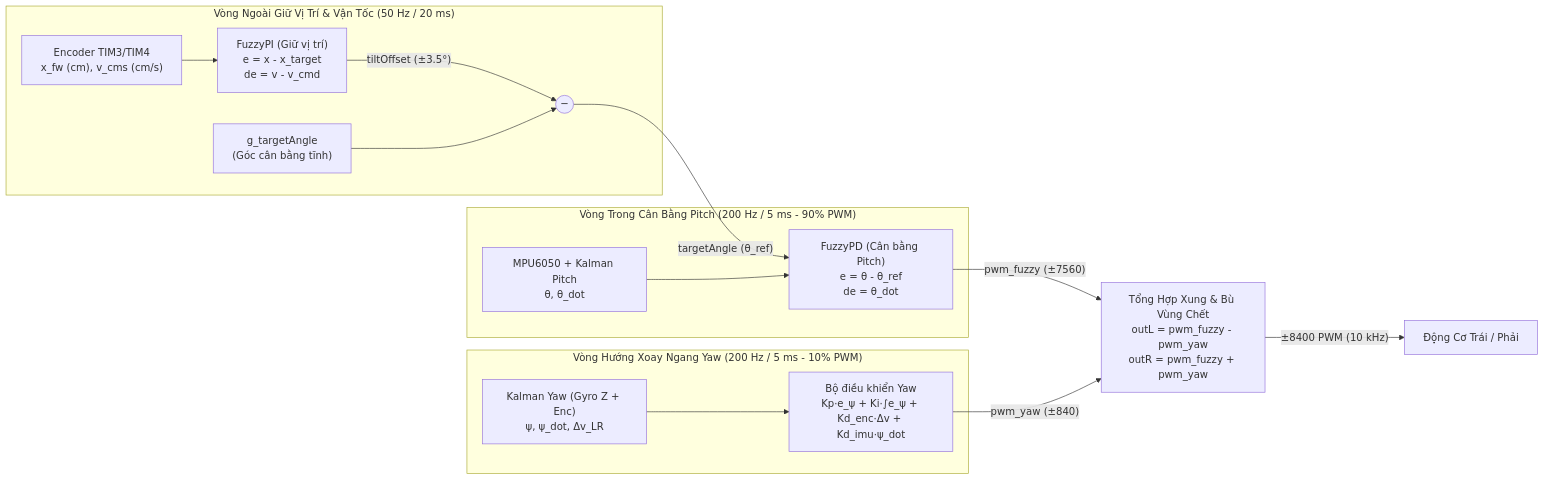
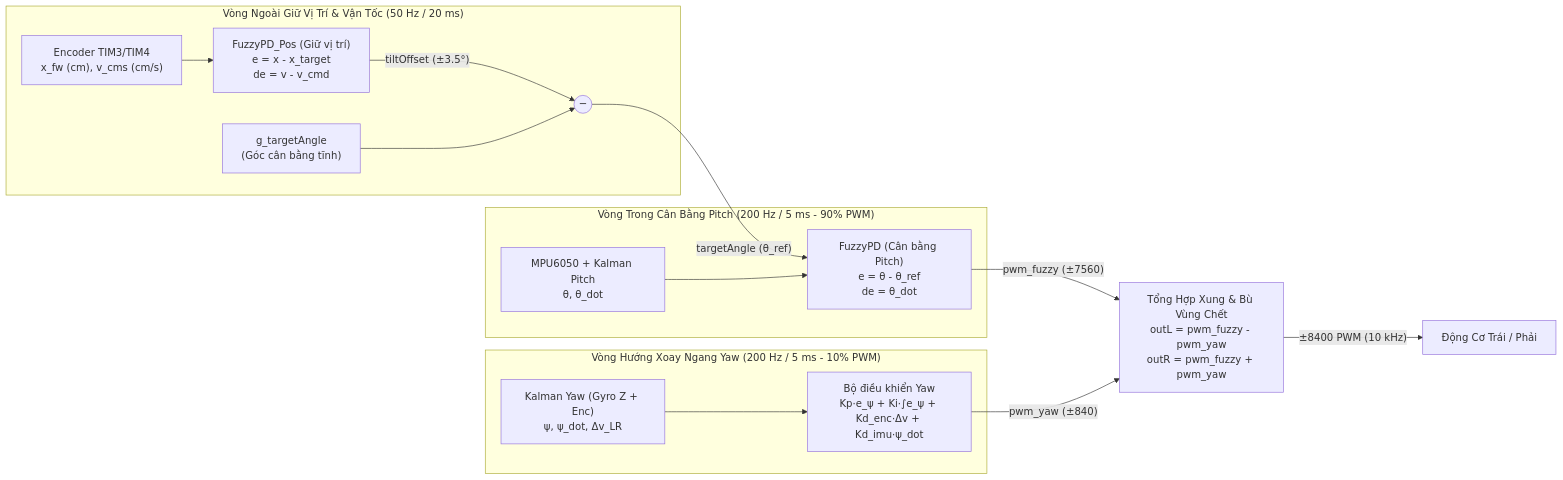
Before and after one commit to nguyentrongtri-05/balance-robot: the diagram in README.md, drawn with Mermaid. The commit also changed other lines of this file and 8 other files, not shown here.

Commit message:
Refactor: Rename cascaded controllers to FuzzyPD_Pitch/FuzzyPD_Pos and place [-1,1] saturation after PreProcess and before Ku

````diff
--- a/README.md
+++ b/README.md
@@ -83,21 +83,21 @@
 ```mermaid
 flowchart LR
     subgraph OUTER["Vòng Ngoài Giữ Vị Trí & Vận Tốc (50 Hz / 20 ms)"]
-        ENC["Encoder TIM3/TIM4<br/>x_fw (cm), v_cms (cm/s)"] --> FPI["FuzzyPI (Giữ vị trí)<br/>e = x - x_target<br/>de = v - v_cmd"]
+        ENC["Encoder TIM3/TIM4<br/>x_fw (cm), v_cms (cm/s)"] --> FPI["FuzzyPD_Pos (Giữ vị trí)<br/>e = x - x_target<br/>de = v - v_cmd"]
         FPI -->|"tiltOffset (±3.5°)"| SUM_ANG(("−"))
         TH0["g_targetAngle<br/>(Góc cân bằng tĩnh)"] --> SUM_ANG
     end
 
     subgraph INNER["Vòng Trong Cân Bằng Pitch (200 Hz / 5 ms - 90% PWM)"]
         SUM_ANG -->|"targetAngle (θ_ref)"| FPD["FuzzyPD (Cân bằng Pitch)<br/>e = θ - θ_ref<br/>de = θ_dot"]
         IMU["MPU6050 + Kalman Pitch<br/>θ, θ_dot"] --> FPD
     end
 
     subgraph YAW["Vòng Hướng Xoay Ngang Yaw (200 Hz / 5 ms - 10% PWM)"]
         YAW_SENS["Kalman Yaw (Gyro Z + Enc)<br/>ψ, ψ_dot, Δv_LR"] --> YPID["Bộ điều khiển Yaw<br/>Kp·e_ψ + Ki·∫e_ψ + Kd_enc·Δv + Kd_imu·ψ_dot"]
     end
 
     FPD -->|"pwm_fuzzy (±7560)"| MIX["Tổng Hợp Xung & Bù Vùng Chết<br/>outL = pwm_fuzzy - pwm_yaw<br/>outR = pwm_fuzzy + pwm_yaw"]
     YPID -->|"pwm_yaw (±840)"| MIX
     MIX -->|"±8400 PWM (10 kHz)"| MOT["Động Cơ Trái / Phải"]
 ```
````
